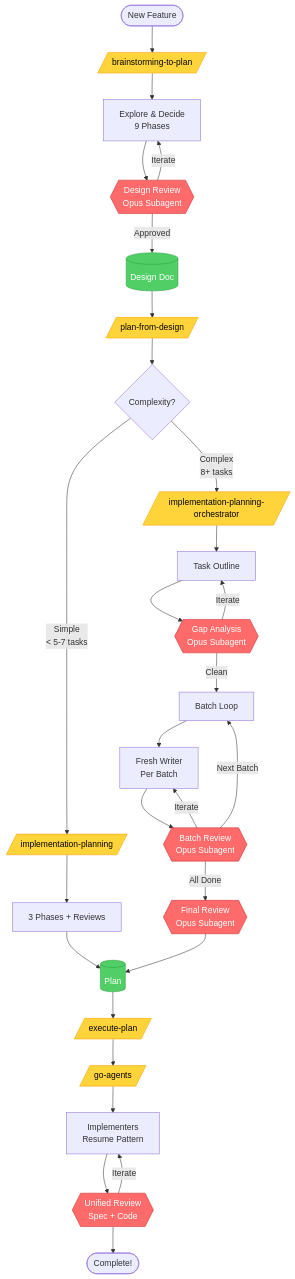
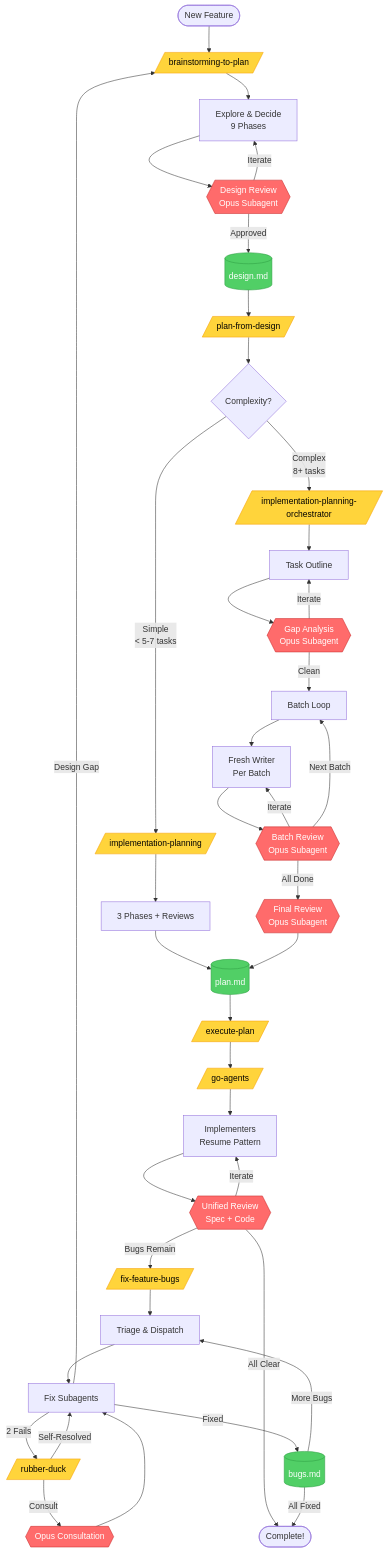
One commit to zachswift615/opus-says-no changed the diagram in README.md. Above: the diagram before and after it, drawn with Mermaid. The commit also changed other lines of this file, not shown here.

````diff
--- a/README.md
+++ b/README.md
@@ -80,43 +157,55 @@
 ```mermaid
 flowchart TD
     Start([New Feature]) --> Brainstorm[/brainstorming-to-plan/]
     Brainstorm --> Explore[Explore & Decide<br/>9 Phases]
     Explore --> DesignReview{{Design Review<br/>Opus Subagent}}
     DesignReview -->|Iterate| Explore
-    DesignReview -->|Approved| DesignDoc[(Design Doc)]
+    DesignReview -->|Approved| DesignDoc[(design.md)]
 
     DesignDoc --> PlanCmd[/plan-from-design/]
     PlanCmd --> Assess{Complexity?}
 
     Assess -->|Simple<br/>< 5-7 tasks| Simple[/implementation-planning/]
     Simple --> SimplePlan[3 Phases + Reviews]
-    SimplePlan --> PlanDoc[(Plan)]
+    SimplePlan --> PlanDoc[(plan.md)]
 
     Assess -->|Complex<br/>8+ tasks| Orch[/implementation-planning-orchestrator/]
     Orch --> Outline[Task Outline]
     Outline --> GapReview{{Gap Analysis<br/>Opus Subagent}}
     GapReview -->|Iterate| Outline
     GapReview -->|Clean| BatchLoop[Batch Loop]
 
     BatchLoop --> Writer[Fresh Writer<br/>Per Batch]
     Writer --> BatchReview{{Batch Review<br/>Opus Subagent}}
     BatchReview -->|Iterate| Writer
     BatchReview -->|Next Batch| BatchLoop
     BatchReview -->|All Done| FinalReview{{Final Review<br/>Opus Subagent}}
     FinalReview --> PlanDoc
 
     PlanDoc --> ExecCmd[/execute-plan/]
     ExecCmd --> GoAgents[/go-agents/]
     GoAgents --> Impl[Implementers<br/>Resume Pattern]
     Impl --> UnifiedReview{{Unified Review<br/>Spec + Code}}
     UnifiedReview -->|Iterate| Impl
-    UnifiedReview --> Done([Complete!])
+    UnifiedReview -->|Bugs Remain| FixBugs[/fix-feature-bugs/]
+    UnifiedReview -->|All Clear| Done([Complete!])
+
+    FixBugs --> Triage[Triage & Dispatch]
+    Triage --> FixAgent[Fix Subagents]
+    FixAgent -->|2 Fails| RubberDuck[/rubber-duck/]
+    RubberDuck -->|Self-Resolved| FixAgent
+    RubberDuck -->|Consult| Consultation{{Opus Consultation}}
+    Consultation --> FixAgent
+    FixAgent -->|Design Gap| Brainstorm
+    FixAgent -->|Fixed| BugsDoc[(bugs.md)]
+    BugsDoc -->|More Bugs| Triage
+    BugsDoc -->|All Fixed| Done
 
     classDef reviewNode fill:#ff6b6b,stroke:#c92a2a,color:#fff
     classDef cmdNode fill:#ffd43b,stroke:#f59f00,color:#000
     classDef docNode fill:#51cf66,stroke:#2f9e44,color:#fff
 
-    class DesignReview,GapReview,BatchReview,FinalReview,UnifiedReview reviewNode
-    class Brainstorm,PlanCmd,Simple,Orch,ExecCmd,GoAgents cmdNode
-    class DesignDoc,PlanDoc docNode
+    class DesignReview,GapReview,BatchReview,FinalReview,UnifiedReview,Consultation reviewNode
+    class Brainstorm,PlanCmd,Simple,Orch,ExecCmd,GoAgents,FixBugs,RubberDuck cmdNode
+    class DesignDoc,PlanDoc,BugsDoc docNode
 ```
````
